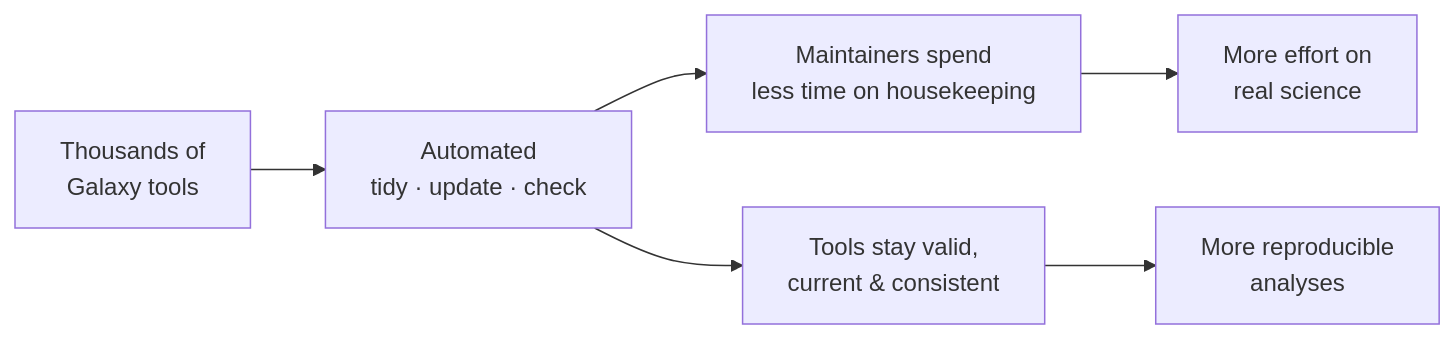
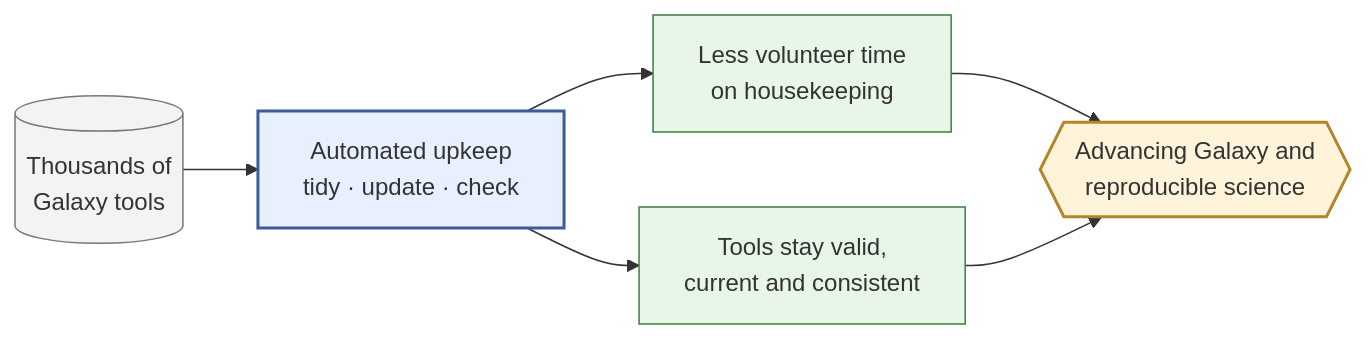
Before and after one commit to richard-burhans/galaxy-tool-refactor: the diagram in docs/guide/for-leadership.md, drawn with Mermaid. The commit also changed 1 other file, not shown here.

Commit message:
docs(guide): refine the Mermaid figures
Polish the two rough sketches into presentable diagrams:

- index.md master pipeline: group the three surfaces (CLI / library / MCP) in a
  subgraph, route them into the engine, and colour the three outputs by GUARANTEE
  — green = behaviour-preserving (format), amber = bounded (upgrade; links to
  soundness), grey = report-only (check). Adds a one-line colour legend.
- for-leadership.md value-flow: cleaner problem -> automation -> outcomes, with the
  two outcome paths converging on a single "advancing Galaxy and reproducible
  science" goal node.

Both use explicit `class` statements (not inline `:::`) for maximum GitHub/Sphinx
mermaid compatibility, and drop the "rough sketch — to be refined" captions.

````diff
--- a/docs/guide/for-leadership.md
+++ b/docs/guide/for-leadership.md
@@ -7,8 +7,18 @@
 ```mermaid
 flowchart LR
-    A["Thousands of<br/>Galaxy tools"] --> B["Automated<br/>tidy · update · check"]
-    B --> C["Maintainers spend<br/>less time on housekeeping"]
-    B --> D["Tools stay valid,<br/>current & consistent"]
-    C --> E["More effort on<br/>real science"]
-    D --> E2["More reproducible<br/>analyses"]
+    A[("Thousands of<br/>Galaxy tools")] --> B["Automated upkeep<br/>tidy · update · check"]
+    B --> C["Less volunteer time<br/>on housekeeping"]
+    B --> D["Tools stay valid,<br/>current and consistent"]
+    C --> G{{"Advancing Galaxy and<br/>reproducible science"}}
+    D --> G
+
+    classDef start fill:#f3f3f3,stroke:#777777;
+    classDef work fill:#e8f0ff,stroke:#3b5b9a,stroke-width:2px;
+    classDef outcome fill:#e7f6e7,stroke:#3c7d3c;
+    classDef goal fill:#fff3da,stroke:#b3852a,stroke-width:2px;
+    class A start;
+    class B work;
+    class C outcome;
+    class D outcome;
+    class G goal;
 ```
````
